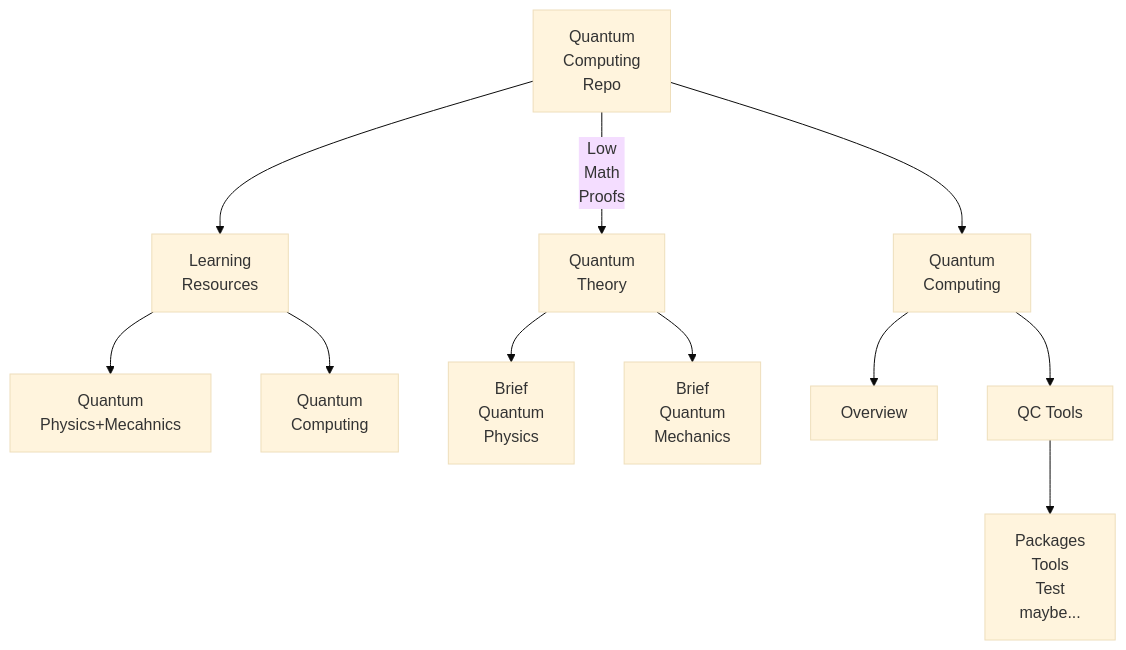
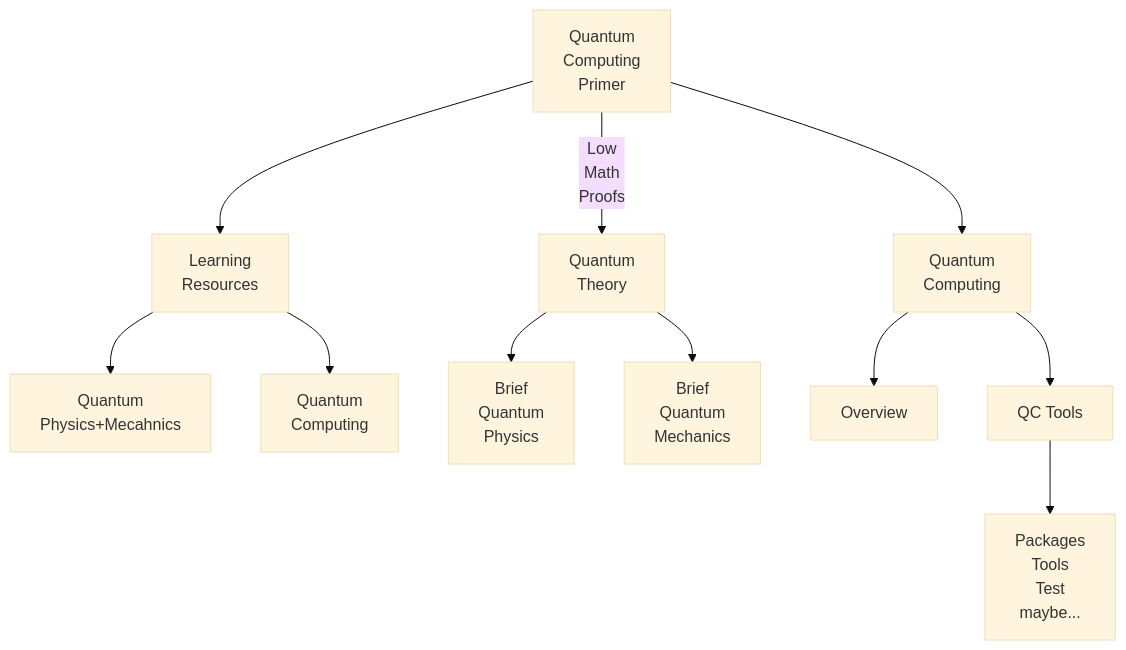
The first of 5 diagrams in README.md (m0ham3dx/mx-Quantum-Computing-Primer), drawn with Mermaid (base theme) before and after one commit. The commit also changed other lines of this file, not shown here.

Commit message:
top edits

````diff
--- a/README.md
+++ b/README.md
@@ -58,19 +58,19 @@
 ```mermaid
 graph TD
-    A[Quantum<br>Computing<br>Repo] --> A1[Learning<br>Resources]
+    A[Quantum<br>Computing<br>Primer<br>] --> A1[Learning<br>Resources]
     A --> |Low<br>Math<br>Proofs|A2[Quantum<br>Theory]
     A --> A3[Quantum<br>Computing]
 
     %% A1 Boxes 
     A1 --> A11[Quantum<br>Physics+Mecahnics]
     A1 --> A12[Quantum<br>Computing]
 
     %% A2 Boxes 
     A2 --> A21[Brief<br>Quantum<br>Physics]
     A2 --> A22[Brief<br>Quantum<br>Mechanics]
 
     %% A3 Boxes 
     A3[Quantum<br>Computing] --> A31[Overview]
     A3 --> A32[QC Tools]
     A32 --> A321[Packages<br>Tools<br>Test<br> maybe...]
 ```
````
